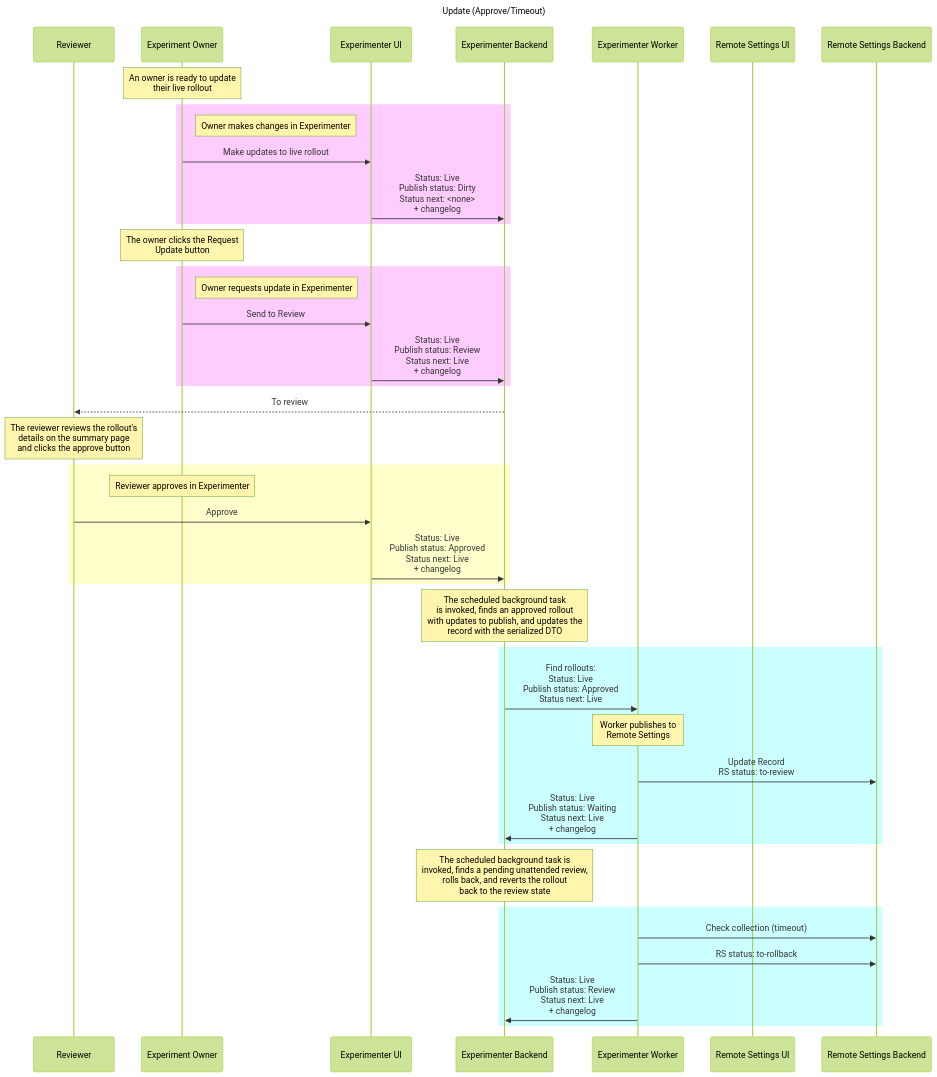
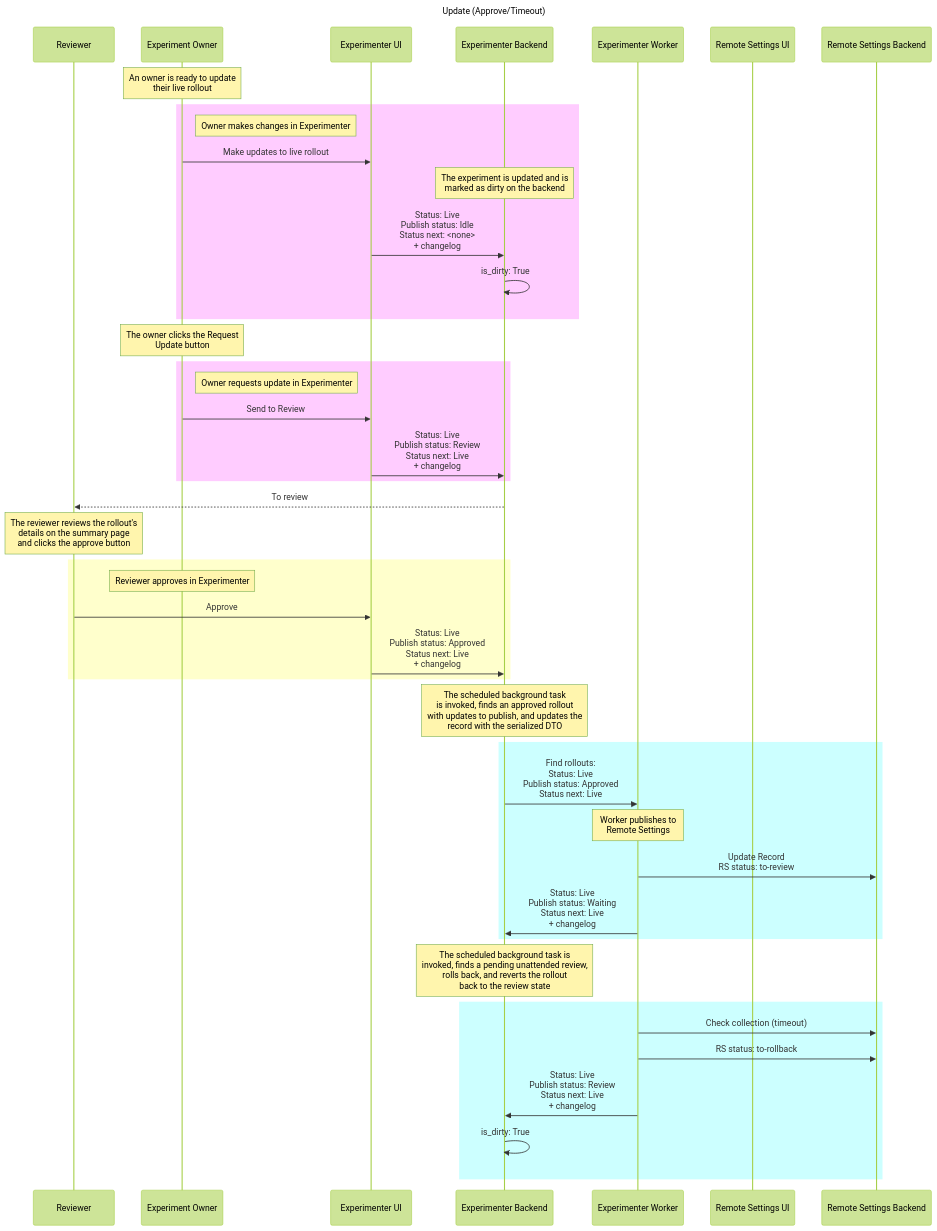
Before and after one commit to mozilla/experimenter: diagram 12 of 22 in docs/experimenter/README.md, drawn with Mermaid (forest theme). The commit also changed other lines of this file and 2 other files, not shown here.

First line of the commit message:
For #8559 docs(nimbus): Update state and sequence diagrams to use is_dirty flag (#8669)

````diff
--- a/docs/experimenter/README.md
+++ b/docs/experimenter/README.md
@@ -707,54 +717,57 @@
 ```mermaid
   sequenceDiagram
     participant Reviewer
     participant Experiment Owner
     participant Experimenter UI
     participant Experimenter Backend
     participant Experimenter Worker
     participant Remote Settings UI
     participant Remote Settings Backend
     title Update (Approve/Timeout)
     
     Note over Experiment Owner: An owner is ready to update <br/> their live rollout
     
     rect rgb(255,204,255) 
         Note right of Experiment Owner: Owner makes changes in Experimenter
         Experiment Owner->>Experimenter UI: Make updates to live rollout
-        Experimenter UI->>Experimenter Backend: Status: Live <br/> Publish status: Dirty <br/> Status next: <none> <br/> + changelog
+        Note over Experimenter Backend: The experiment is updated and is <br/> marked as dirty on the backend
+        Experimenter UI->>Experimenter Backend: Status: Live <br/> Publish status: Idle <br/> Status next: <none>  <br/> + changelog
+        Experimenter Backend->>Experimenter Backend: is_dirty: True 
     end 
 
     Note over Experiment Owner: The owner clicks the Request <br/> Update button
     
     rect rgb(255,204,255) 
         Note right of Experiment Owner: Owner requests update in Experimenter
         Experiment Owner->>Experimenter UI: Send to Review
         Experimenter UI->>Experimenter Backend: Status: Live <br/> Publish status: Review <br/> Status next: Live <br/> + changelog
     end 
     
     Experimenter Backend-->>Reviewer: To review
     Note over Reviewer: The reviewer reviews the rollout's <br/> details on the summary page <br/> and clicks the approve button
     
 
     rect rgb(255,255,204) 
         Note over Experiment Owner: Reviewer approves in Experimenter
         Reviewer->>Experimenter UI: Approve
         Experimenter UI->>Experimenter Backend: Status: Live <br/> Publish status: Approved <br/> Status next: Live <br/> + changelog
     end 
  
     Note over Experimenter Backend: The scheduled background task <br/> is invoked, finds an approved rollout <br/> with updates to publish, and updates the <br/> record with the serialized DTO
     
     rect rgb(204,255,255) 
         Experimenter Backend->>Experimenter Worker: Find rollouts: <br/> Status: Live <br/> Publish status: Approved <br/> Status next: Live
         Note over Experimenter Worker: Worker publishes to <br/>Remote Settings
         Experimenter Worker->>Remote Settings Backend: Update Record <br/> RS status: to-review
         Experimenter Worker->>Experimenter Backend: Status: Live <br/> Publish status: Waiting <br/> Status next: Live <br/> + changelog
     end 
 
     Note over Experimenter Backend: The scheduled background task is <br/> invoked, finds a pending unattended review, <br/> rolls back, and reverts the rollout <br/> back to the review state
 
     rect rgb(204,255,255) 
         Experimenter Worker->>Remote Settings Backend: Check collection (timeout) 
         Experimenter Worker->>Remote Settings Backend: RS status: to-rollback
         Experimenter Worker->>Experimenter Backend:  Status: Live <br/> Publish status: Review <br/> Status next: Live <br/> + changelog
+        Experimenter Backend->>Experimenter Backend: is_dirty: True 
     end 
 ```
````
